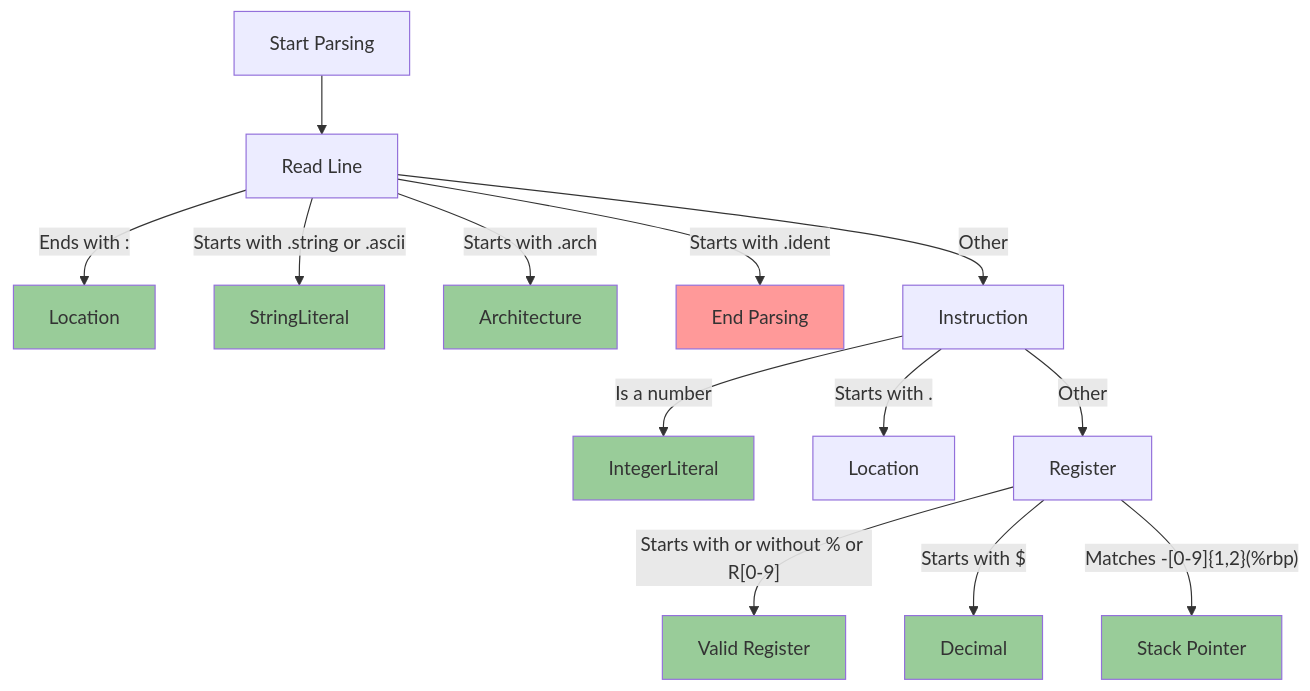
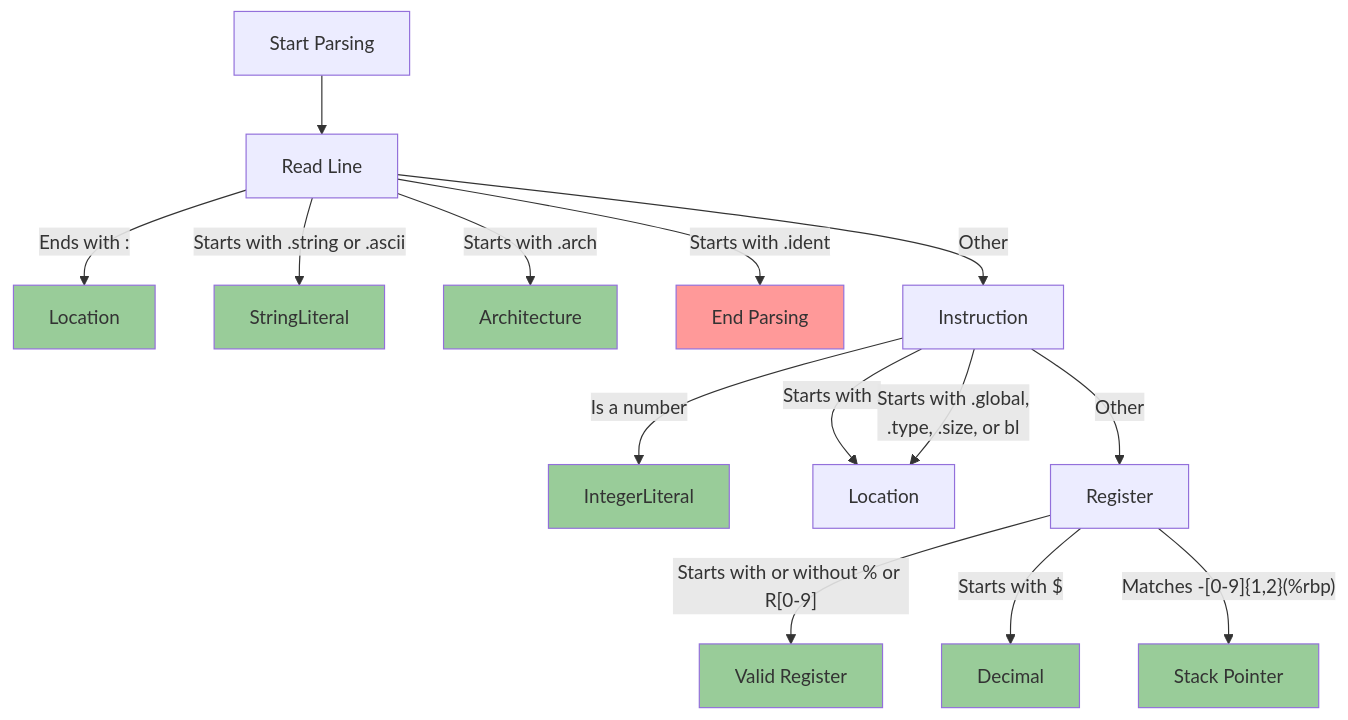
Before and after one commit to UCdasec/FaultArm: the second of 2 diagrams in docs/developer_notes/parser.md, drawn with Mermaid.

Commit message:
Modified flowchart for location parsing

````diff
--- a/docs/developer_notes/parser.md
+++ b/docs/developer_notes/parser.md
@@ -70,23 +70,24 @@
 ```mermaid
 graph TB
   Start["Start Parsing"] --> Line["Read Line"]
   Line -- "Ends with :" --> Location["Location"]
   Line -- "Starts with .string or .ascii" --> StringLiteral["StringLiteral"]
   Line -- "Starts with .arch" --> Arch["Architecture"]
   Line -- "Starts with .ident" --> End["End Parsing"]
   Line -- "Other" --> Instruction["Instruction"]
   Instruction -- "Is a number" --> IntegerLiteral["IntegerLiteral"]
   Instruction -- "Starts with ." --> LocationInst["Location"]
+  Instruction -- "Starts with .global,\n.type, .size, or bl" --> LocationInst["Location"]
   Instruction -- "Other" --> Register["Register"]
   Register -- "Starts with or without % or R[0-9]" --> RegisterValid["Valid Register"]
   Register -- "Starts with $" --> Decimal["Decimal"]
   Register -- "Matches -[0-9]{1,2}(%rbp)" --> StackPointer["Stack Pointer"]
   style Location fill:#99cc99
   style StringLiteral fill:#99cc99
   style Arch fill:#99cc99
   style IntegerLiteral fill:#99cc99
   style RegisterValid fill:#99cc99
   style Decimal fill:#99cc99
   style StackPointer fill:#99cc99
   style End fill:#ff9999
 ```
````
